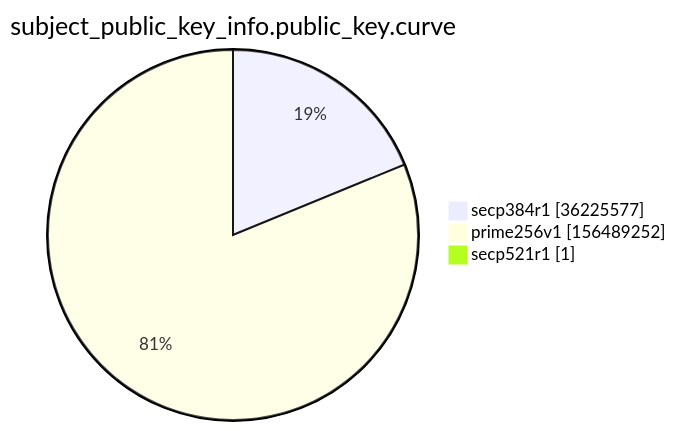
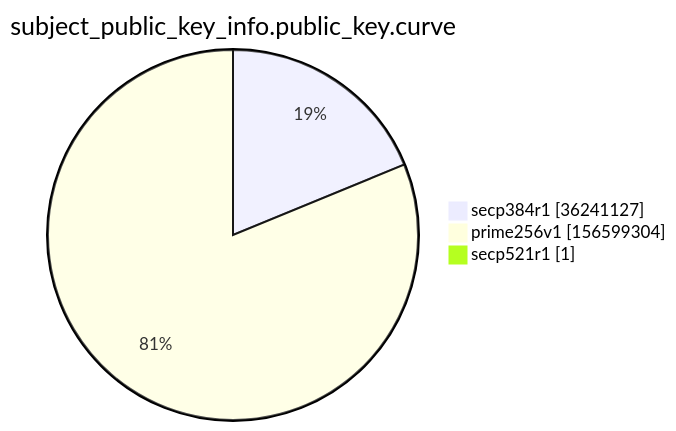
One commit to christiankrug/ctmonitor_visualization changed the ninth of 15 diagrams in argon2022/README.md. Above: the diagram before and after it, drawn with Mermaid. The commit also changed other lines of this file, not shown here.

````diff
--- a/argon2022/README.md
+++ b/argon2022/README.md
@@ -2766,7 +2766,7 @@
 ```mermaid
 pie showData
 title subject_public_key_info.public_key.curve
-"secp384r1" :36225577
-"prime256v1" :156489252
+"secp384r1" :36241127
+"prime256v1" :156599304
 "secp521r1" :1
 ```
````
